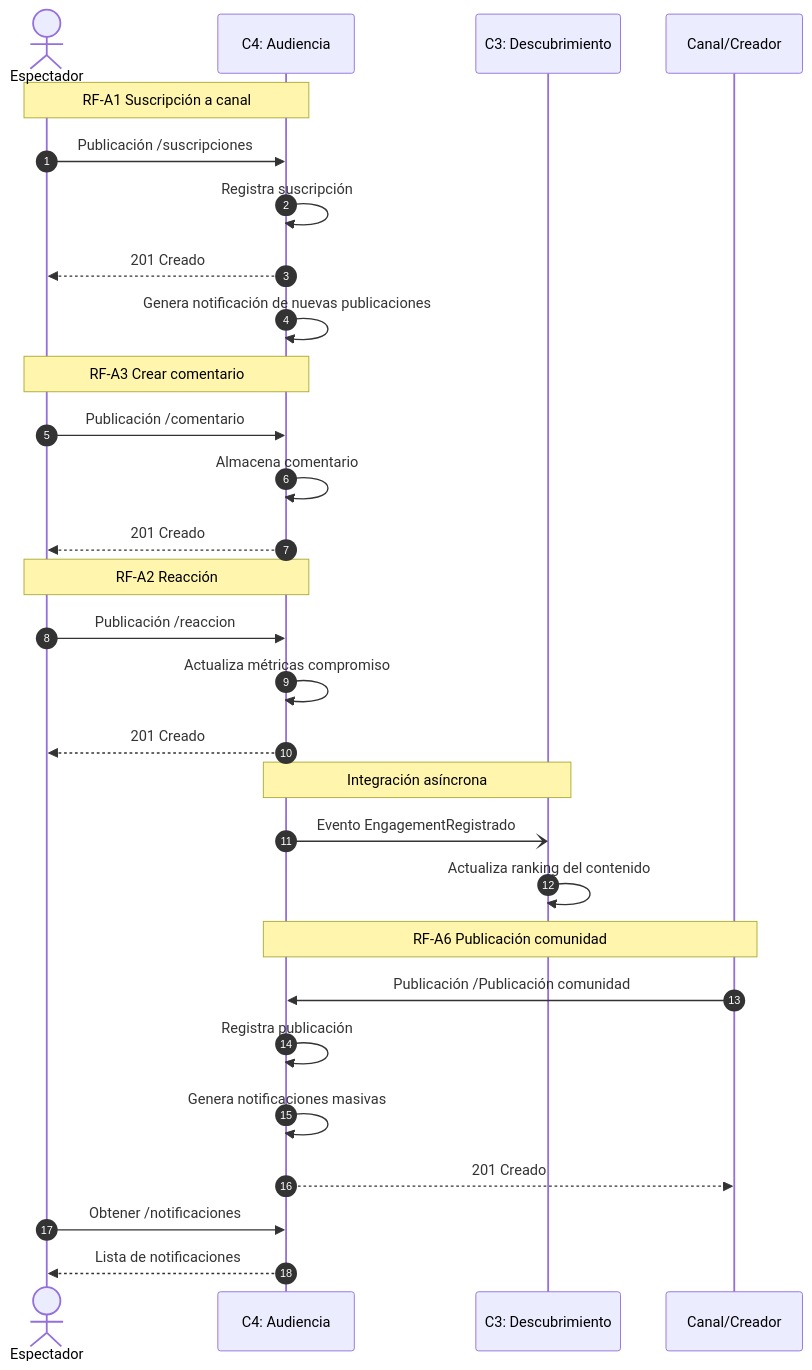
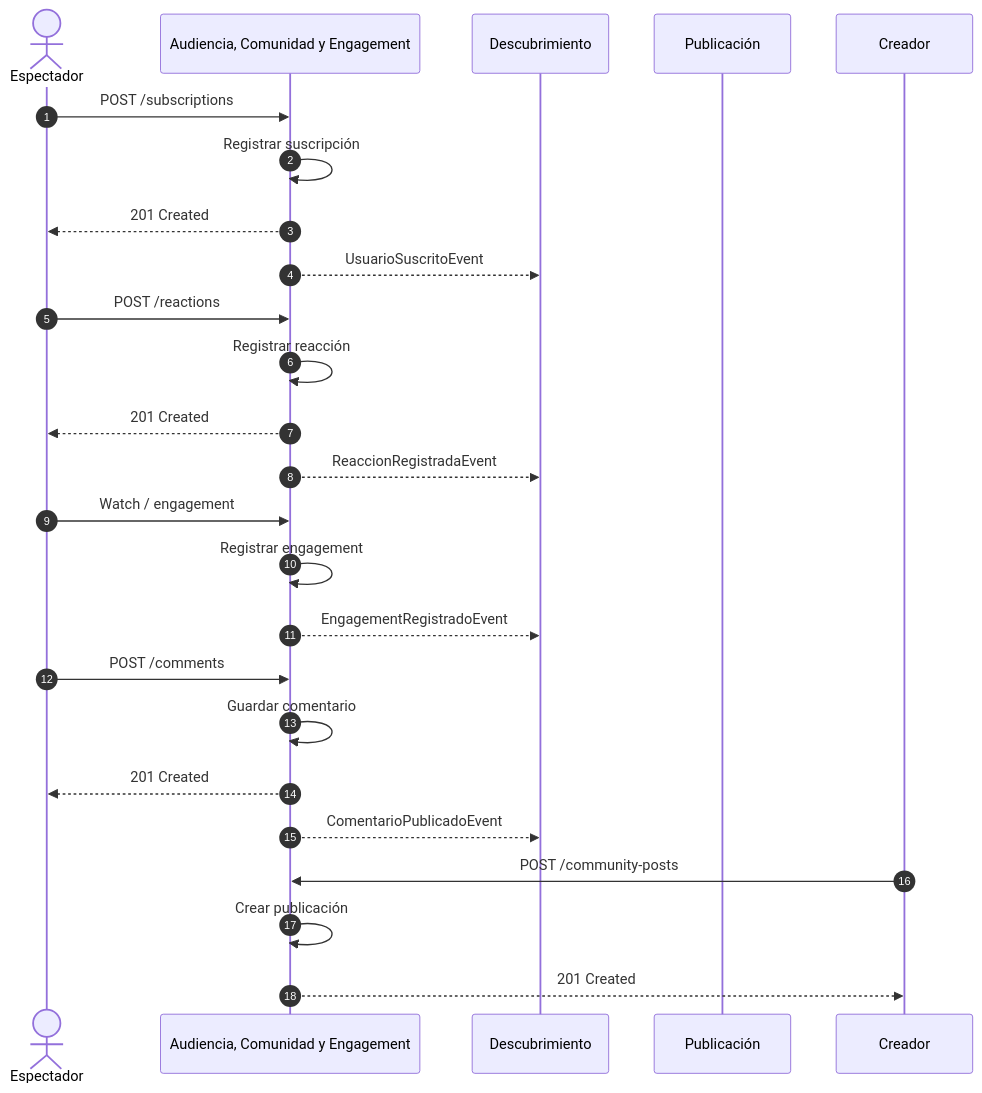
One commit to Wheaor/OpenAPI---Youtube changed the second of 2 diagrams in bounded-contexts-4-audiencia/README.md. Above: the diagram before and after it, drawn with Mermaid. The commit also changed other lines of this file, not shown here.

````diff
--- a/bounded-contexts-4-audiencia/README.md
+++ b/bounded-contexts-4-audiencia/README.md
@@ -156,54 +114,33 @@
 ```mermaid
 sequenceDiagram
     autonumber
 
     actor User as Espectador
-    participant C4 as C4: Audiencia
-    participant C3 as C3: Descubrimiento
-    participant Creator as Canal/Creador
+    participant C4 as Audiencia, Comunidad y Engagement
+    participant C3 as Descubrimiento
+    participant C1 as Publicación
+    participant Creator as Creador
 
-    %% --- SUSCRIPCIÓN ---
-    Note over User,C4: RF-A1 Suscripción a canal
+    User->>C4: POST /subscriptions
+    C4->>C4: Registrar suscripción
+    C4-->>User: 201 Created
+    C4-->>C3: UsuarioSuscritoEvent
 
-    User->>C4: Publicación /suscripciones
-    C4->>C4: Registra suscripción
-    C4-->>User: 201 Creado
+    User->>C4: POST /reactions
+    C4->>C4: Registrar reacción
+    C4-->>User: 201 Created
+    C4-->>C3: ReaccionRegistradaEvent
 
-    %% --- NOTIFICACIÓN ---
-    C4->>C4: Genera notificación de nuevas publicaciones
+    User->>C4: Watch / engagement
+    C4->>C4: Registrar engagement
+    C4-->>C3: EngagementRegistradoEvent
 
-    %% --- COMENTARIO ---
-    Note over User,C4: RF-A3 Crear comentario
+    User->>C4: POST /comments
+    C4->>C4: Guardar comentario
+    C4-->>User: 201 Created
+    C4-->>C3: ComentarioPublicadoEvent
 
-    User->>C4: Publicación /comentario
-    C4->>C4: Almacena comentario
-    C4-->>User: 201 Creado
-
-    %% --- LIKE ---
-    Note over User,C4: RF-A2 Reacción
-
-    User->>C4: Publicación /reaccion
-    C4->>C4: Actualiza métricas compromiso
-    C4-->>User: 201 Creado
-
-    %% --- EVENTO HACIA DESCUBRIMIENTO ---
-    Note over C4,C3: Integración asíncrona
-
-    C4-)C3: Evento EngagementRegistrado
-    C3->>C3: Actualiza ranking del contenido
-
-    %% --- PUBLICACIÓN DE COMUNIDAD ---
-    Note over Creator,C4: RF-A6 Publicación comunidad
-
-    Creator->>C4: Publicación /Publicación comunidad
-    C4->>C4: Registra publicación
-
-    %% --- NOTIFICACIÓN A SUSCRIPTORES ---
-    C4->>C4: Genera notificaciones masivas
-
-    C4-->>Creator: 201 Creado
-
-    %% --- CONSULTA DE NOTIFICACIONES ---
-    User->>C4: Obtener /notificaciones
-    C4-->>User: Lista de notificaciones
+    Creator->>C4: POST /community-posts
+    C4->>C4: Crear publicación
+    C4-->>Creator: 201 Created
 ```
````
